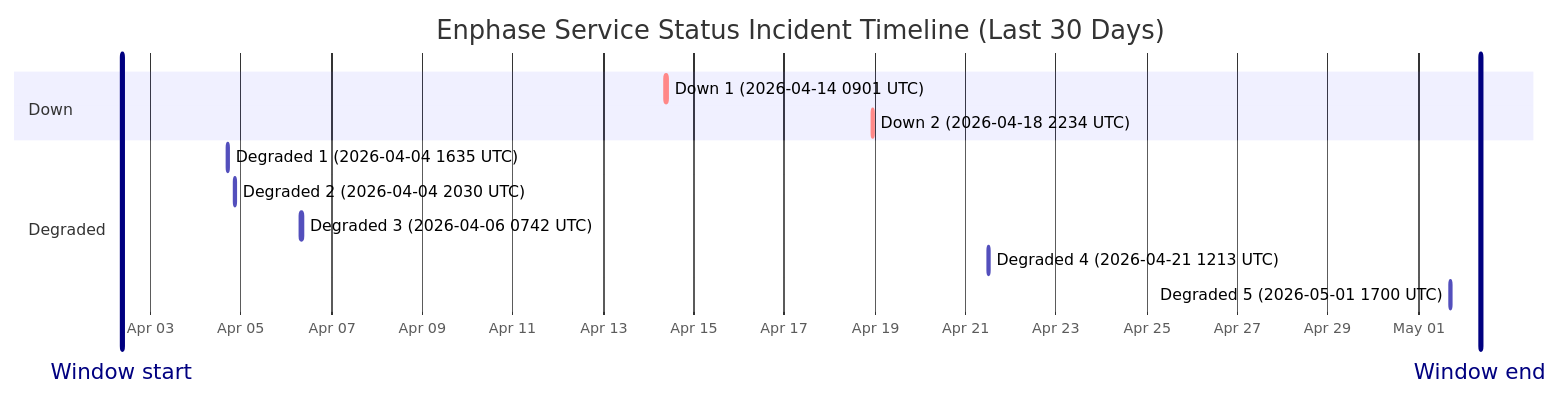
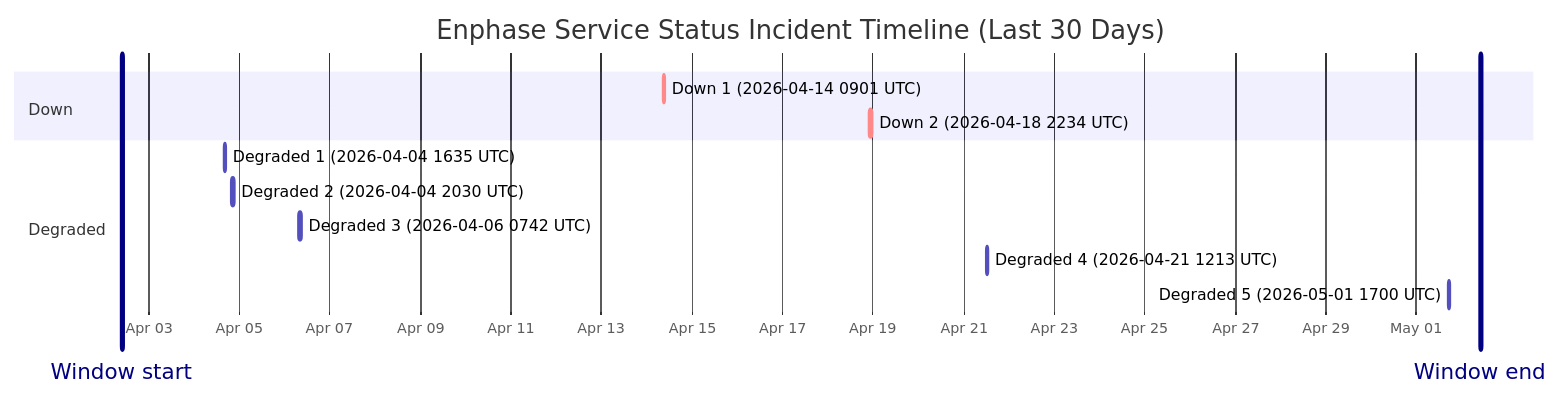
Before and after one commit to barneyonline/ha-enphase-ev-charger: the diagram in wiki/Service-Status-History.md, drawn with Mermaid. The commit also changed other lines of this file and 3 other files, not shown here.

````diff
--- a/wiki/Service-Status-History.md
+++ b/wiki/Service-Status-History.md
@@ -14,17 +14,17 @@
 ```mermaid
 gantt
     title Enphase Service Status Incident Timeline (Last 30 Days)
     dateFormat  YYYY-MM-DDTHH:mm:ss
     axisFormat  %b %d
-    Window start :vert, window-start, 2026-04-02T08:48:28, 0ms
-    Window end :vert, window-end, 2026-05-02T08:48:28, 0ms
+    Window start :vert, window-start, 2026-04-02T09:57:07, 0ms
+    Window end :vert, window-end, 2026-05-02T09:57:07, 0ms
     section Down
     Down 1 (2026-04-14 0901 UTC) :crit, down-1, 2026-04-14T09:01:13, 60m
     Down 2 (2026-04-18 2234 UTC) :crit, down-2, 2026-04-18T22:34:13, 60m
     section Degraded
     Degraded 1 (2026-04-04 1635 UTC) :active, degraded-1, 2026-04-04T16:35:17, 60m
     Degraded 2 (2026-04-04 2030 UTC) :active, degraded-2, 2026-04-04T20:30:40, 60m
     Degraded 3 (2026-04-06 0742 UTC) :active, degraded-3, 2026-04-06T07:42:09, 85m
     Degraded 4 (2026-04-21 1213 UTC) :active, degraded-4, 2026-04-21T12:13:11, 60m
     Degraded 5 (2026-05-01 1700 UTC) :active, degraded-5, 2026-05-01T17:00:22, 60m
 ```
````
